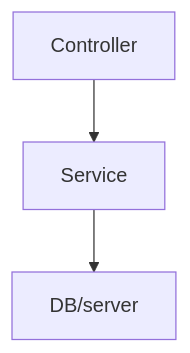
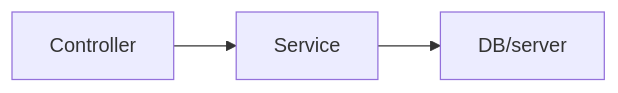
The diagram in NodeJS/运维/CPU占用过高/README.md (IricBing/note), drawn with Mermaid before and after one commit.

Commit message:
修复mermaid 笔记

````diff
--- a/NodeJS/运维/CPU占用过高/README.md
+++ b/NodeJS/运维/CPU占用过高/README.md
@@ -130,4 +130,4 @@
 ```mermaid
-graph TD;
+graph LR
   A[Controller] --> B[Service] --> C["DB/server"];
 ```
````
